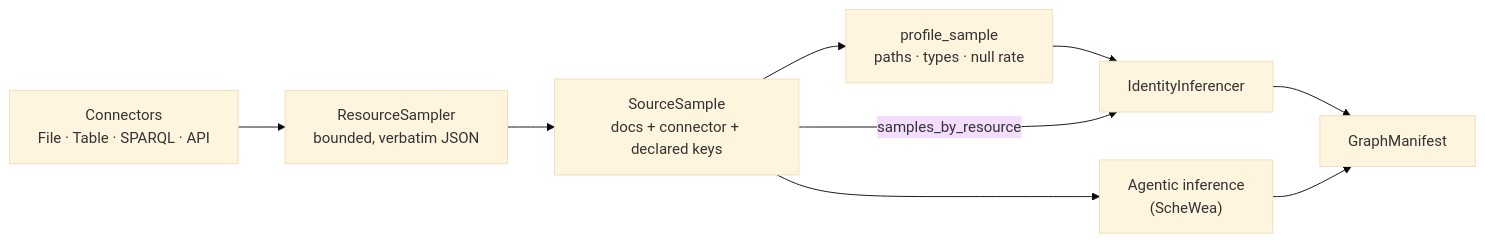
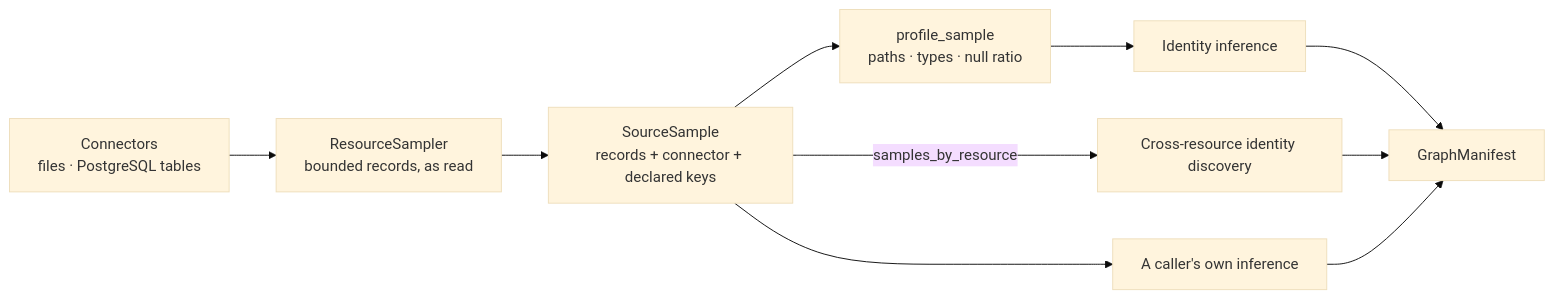
Before and after one commit to growgraph/graflo: the diagram in docs/concepts/schema/sampling_and_profiling.md, drawn with Mermaid (base theme). The commit also changed other lines of this file and 487 other files, not shown here.

````diff
--- a/docs/concepts/schema/sampling_and_profiling.md
+++ b/docs/concepts/schema/sampling_and_profiling.md
@@ -126,15 +156,16 @@
 ```mermaid
 flowchart LR
-    C["Connectors<br/>File · Table · SPARQL · API"]
-    S["ResourceSampler<br/>bounded, verbatim JSON"]
-    SS["SourceSample<br/>docs + connector + declared keys"]
-    P["profile_sample<br/>paths · types · null rate"]
-    II["IdentityInferencer"]
-    AG["Agentic inference<br/>(ScheWea)"]
+    C["Connectors<br/>files · PostgreSQL tables"]
+    S["ResourceSampler<br/>bounded records, as read"]
+    SS["SourceSample<br/>records + connector + declared keys"]
+    P["profile_sample<br/>paths · types · null ratio"]
+    II["Identity inference"]
+    CR["Cross-resource identity discovery"]
+    AG["A caller's own inference"]
     M["GraphManifest"]
 
     C --> S --> SS
     SS --> P --> II --> M
-    SS -- samples_by_resource --> II
+    SS -- samples_by_resource --> CR --> M
     SS --> AG --> M
 ```
````
